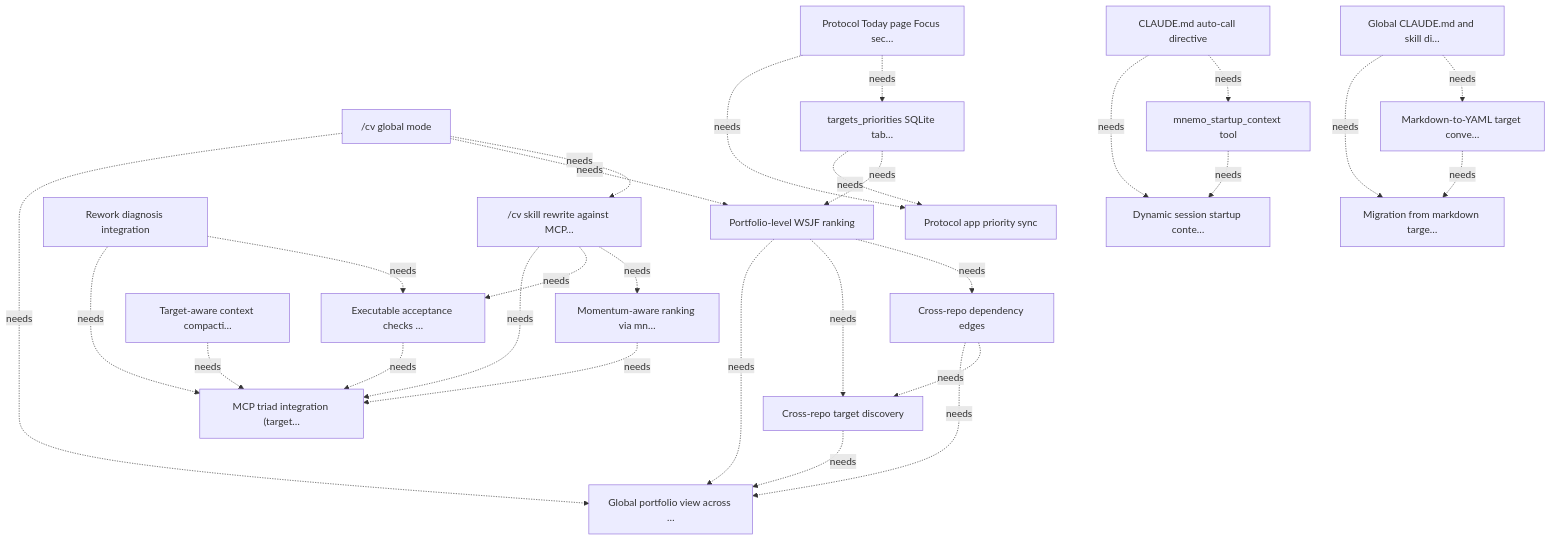
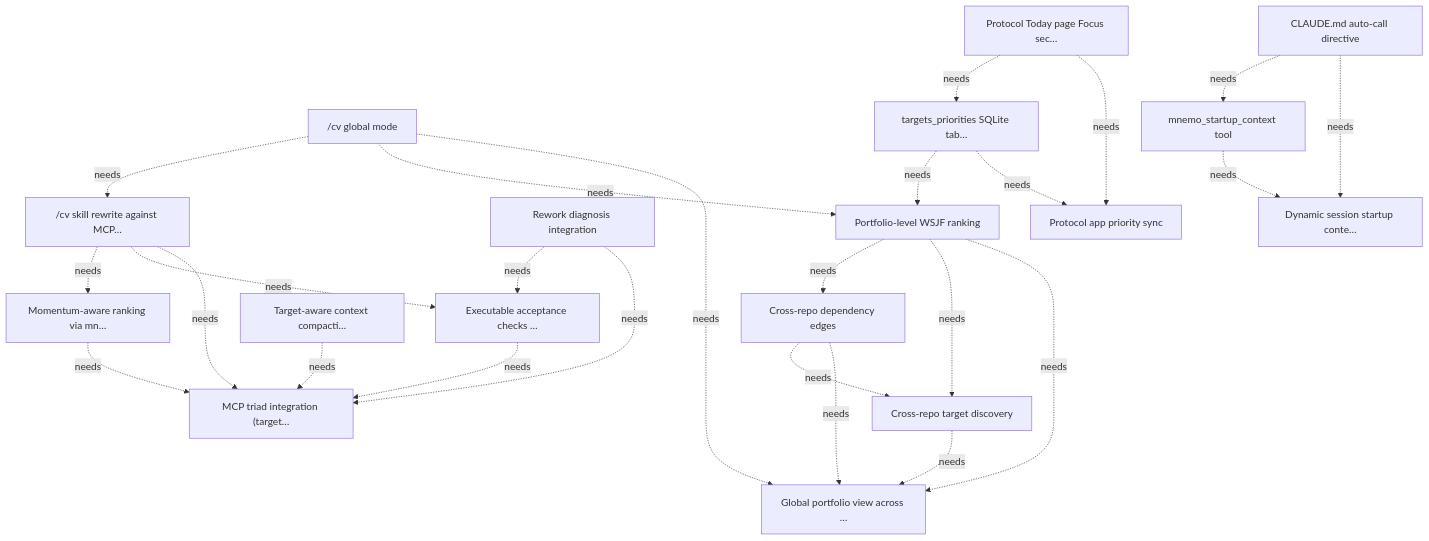
One commit to marcelocantos/bullseye changed the diagram in docs/targets.md. Above: the diagram before and after it, drawn with Mermaid. The commit also changed other lines of this file and 1 other file, not shown here.

First line of the commit message:
Retire 🎯T5 migration targets — bullseye cutover complete

````diff
--- a/docs/targets.md
+++ b/docs/targets.md
@@ -358,50 +364,44 @@
 ```mermaid
 graph TD
     T1["MCP triad integration (target…"]
     T1_1["Executable acceptance checks …"]
     T1_2["Momentum-aware ranking via mn…"]
     T1_3["/cv skill rewrite against MCP…"]
     T1_4["Target-aware context compacti…"]
     T1_5["Rework diagnosis integration"]
     T2["Global portfolio view across …"]
     T2_1["Cross-repo target discovery"]
     T2_2["Cross-repo dependency edges"]
     T2_3["Portfolio-level WSJF ranking"]
     T2_4["/cv global mode"]
     T3["Protocol app priority sync"]
     T3_1["targets_priorities SQLite tab…"]
     T3_2["Protocol Today page Focus sec…"]
     T4["Dynamic session startup conte…"]
     T4_1["mnemo_startup_context tool"]
     T4_2["CLAUDE.md auto-call directive"]
-    T5["Migration from markdown targe…"]
-    T5_1["Markdown-to-YAML target conve…"]
-    T5_2["Global CLAUDE.md and skill di…"]
     T1_1 -.->|needs| T1
     T1_2 -.->|needs| T1
     T1_3 -.->|needs| T1
     T1_3 -.->|needs| T1_1
     T1_3 -.->|needs| T1_2
     T1_4 -.->|needs| T1
     T1_5 -.->|needs| T1
     T1_5 -.->|needs| T1_1
     T2_1 -.->|needs| T2
     T2_2 -.->|needs| T2
     T2_2 -.->|needs| T2_1
     T2_3 -.->|needs| T2
     T2_3 -.->|needs| T2_1
     T2_3 -.->|needs| T2_2
     T2_4 -.->|needs| T2
     T2_4 -.->|needs| T2_3
     T2_4 -.->|needs| T1_3
     T3_1 -.->|needs| T3
     T3_1 -.->|needs| T2_3
     T3_2 -.->|needs| T3
     T3_2 -.->|needs| T3_1
     T4_1 -.->|needs| T4
     T4_2 -.->|needs| T4
     T4_2 -.->|needs| T4_1
-    T5_1 -.->|needs| T5
-    T5_2 -.->|needs| T5
-    T5_2 -.->|needs| T5_1
 ```
````
